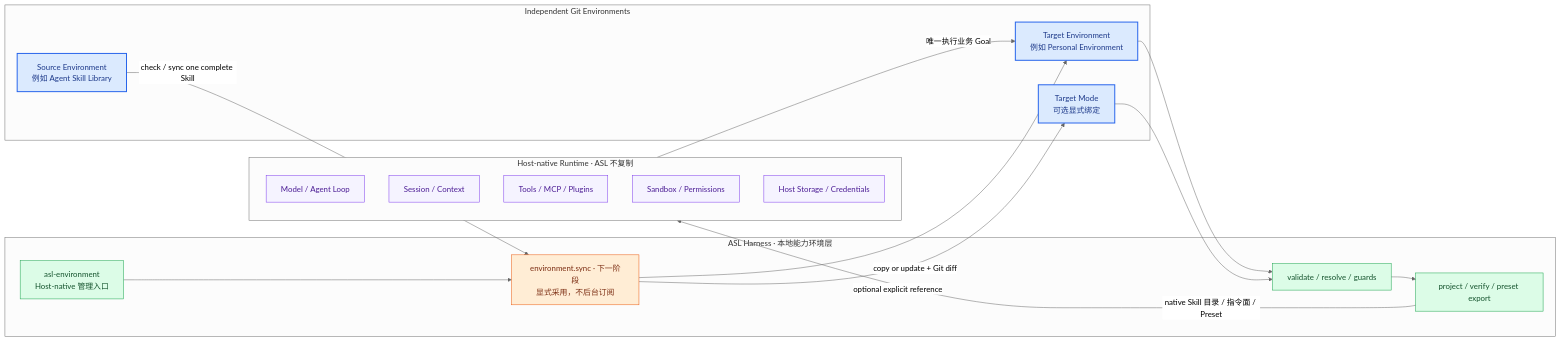
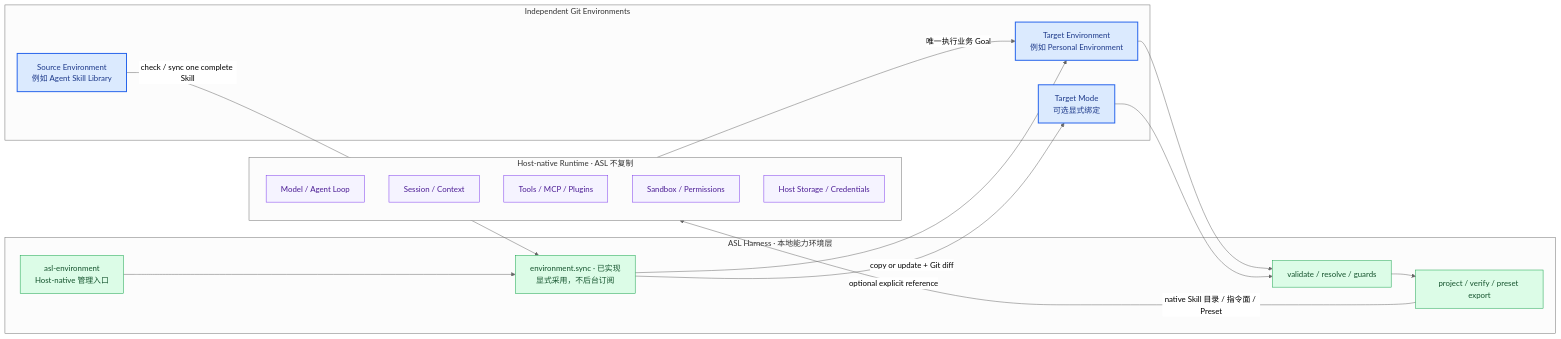
One commit to qihangzhang-272/asl-harness changed the fourth of 15 diagrams in docs/asl-architecture-views.md. Above: the diagram before and after it, drawn with Mermaid (neutral theme). The commit also changed other lines of this file and 4 other files, not shown here.

````diff
--- a/docs/asl-architecture-views.md
+++ b/docs/asl-architecture-views.md
@@ -338,41 +339,40 @@
 ```mermaid
 flowchart LR
     subgraph HOST["Host-native Runtime · ASL 不复制"]
         LOOP["Model / Agent Loop"]
         SESSION["Session / Context"]
         TOOLS["Tools / MCP / Plugins"]
         SANDBOX["Sandbox / Permissions"]
         STATE["Host Storage / Credentials"]
     end
 
     subgraph ASL["ASL Harness · 本地能力环境层"]
         VALIDATE["validate / resolve / guards"]
-        SYNC["environment.sync · 下一阶段<br/>显式采用，不后台订阅"]
+        SYNC["environment.sync · 已实现<br/>显式采用，不后台订阅"]
         PROJECT["project / verify / preset export"]
         STEWARD["asl-environment<br/>Host-native 管理入口"]
     end
 
     subgraph ENVS["Independent Git Environments"]
         SOURCE["Source Environment<br/>例如 Agent Skill Library"]
         TARGET["Target Environment<br/>例如 Personal Environment"]
         MODE["Target Mode<br/>可选显式绑定"]
     end
 
     SOURCE -->|check / sync one complete Skill| SYNC
     SYNC -->|copy or update + Git diff| TARGET
     SYNC -->|optional explicit reference| MODE
     TARGET --> VALIDATE --> PROJECT
     MODE --> VALIDATE
     STEWARD --> SYNC
     PROJECT -->|native Skill 目录 / 指令面 / Preset| HOST
     HOST -->|唯一执行业务 Goal| TARGET
 
     classDef native fill:#f5f3ff,stroke:#7c3aed,color:#4c1d95;
     classDef done fill:#dcfce7,stroke:#16a34a,color:#14532d;
     classDef optimize fill:#ffedd5,stroke:#ea580c,color:#7c2d12;
     classDef truth fill:#dbeafe,stroke:#2563eb,color:#1e3a8a,stroke-width:2px;
     class LOOP,SESSION,TOOLS,SANDBOX,STATE native;
-    class VALIDATE,PROJECT,STEWARD done;
-    class SYNC optimize;
+    class VALIDATE,SYNC,PROJECT,STEWARD done;
     class SOURCE,TARGET,MODE truth;
 ```
````
